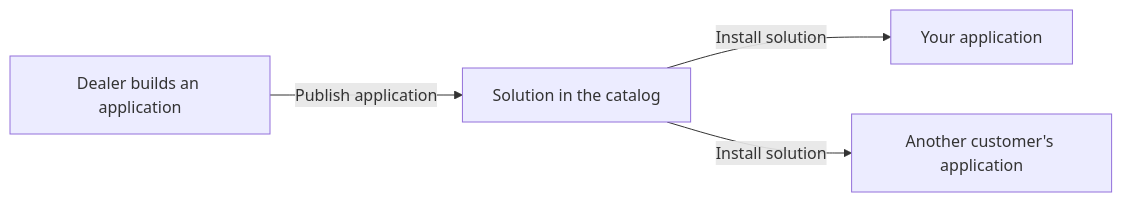
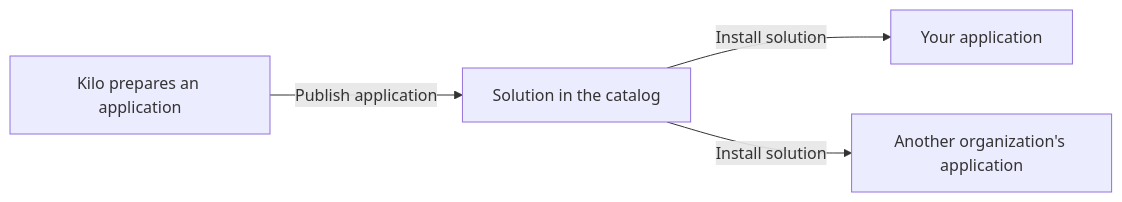
The diagram in kilo-iot-server/applications/what-are-solutions-and-applications.md (chirpwireless/kilo_docs), drawn with Mermaid before and after one commit. The commit also changed other lines of this file and 8 other files, not shown here.

````diff
--- a/kilo-iot-server/applications/what-are-solutions-and-applications.md
+++ b/kilo-iot-server/applications/what-are-solutions-and-applications.md
@@ -16,6 +16,6 @@
 ```mermaid
 flowchart LR
-    D[Dealer builds an application] -->|Publish application| S[Solution in the catalog]
+    D[Kilo prepares an application] -->|Publish application| S[Solution in the catalog]
     S -->|Install solution| A1[Your application]
-    S -->|Install solution| A2[Another customer's application]
+    S -->|Install solution| A2[Another organization's application]
 ```
````
